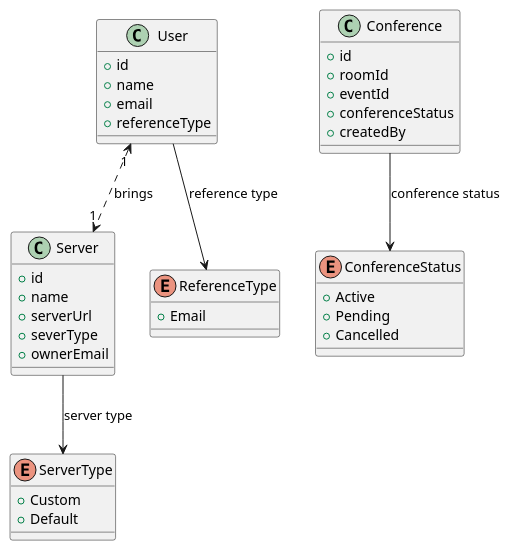
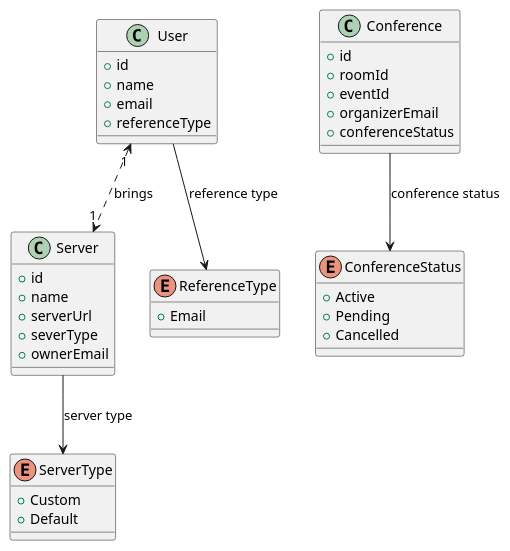
The diagram in docs/er_conference_plantUML.puml (teenthofabud/jitsi-videoconference-moderator), drawn with PlantUML before and after one commit. The commit also changed 2 other files, not shown here.

Commit message:
er update

```diff
--- a/docs/er_conference_plantUML.puml
+++ b/docs/er_conference_plantUML.puml
@@ -1,52 +1,53 @@
     @startuml
 
     class User {
       +id
       +name
       +email
       +referenceType
     }
 
     class Server {
       +id
       +name
       +serverUrl
       +severType
       +ownerEmail
     }
 
     class Conference {
       +id
       +roomId
       +eventId
+      +organizerEmail
       +conferenceStatus
-      +createdBy
+
     }
 
     enum ReferenceType{
      +Email
     }
 
     enum ServerType{
      +Custom
      +Default
     }
 
     enum ConferenceStatus{
      +Active
      +Pending
      +Cancelled
     }
 
 
     User --> ReferenceType : reference type
 
     Server --> ServerType : server type
 
 
 
     User "1" <..> "1" Server : brings
 
     Conference --> ConferenceStatus : conference status
 
     @enduml
```
